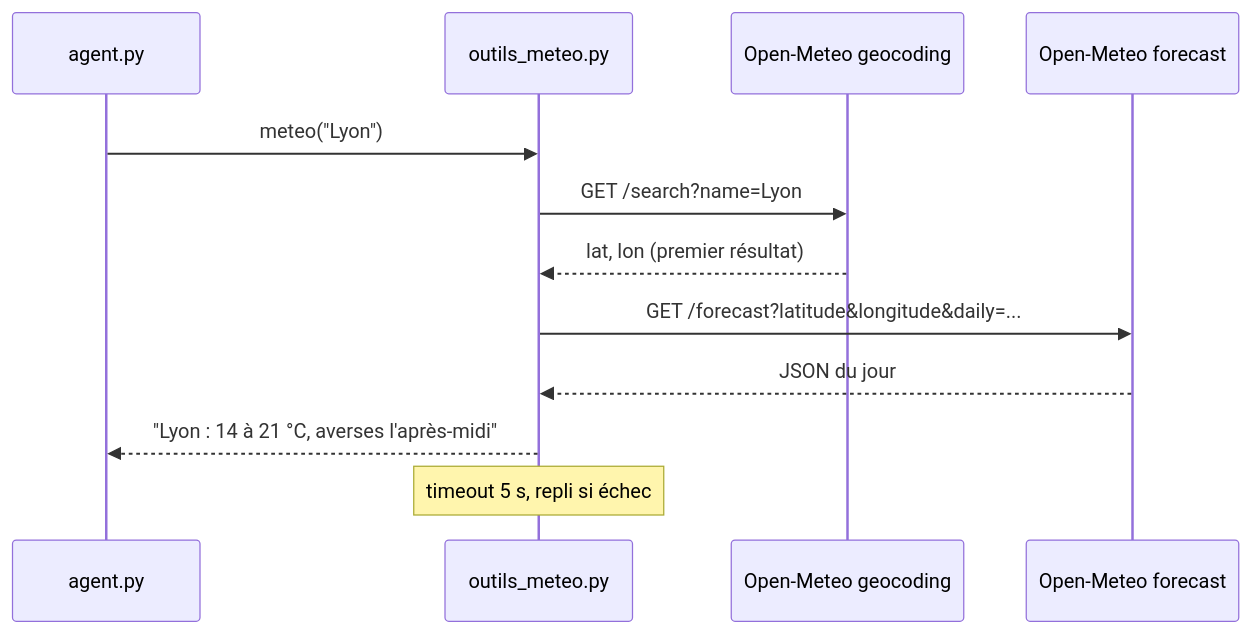
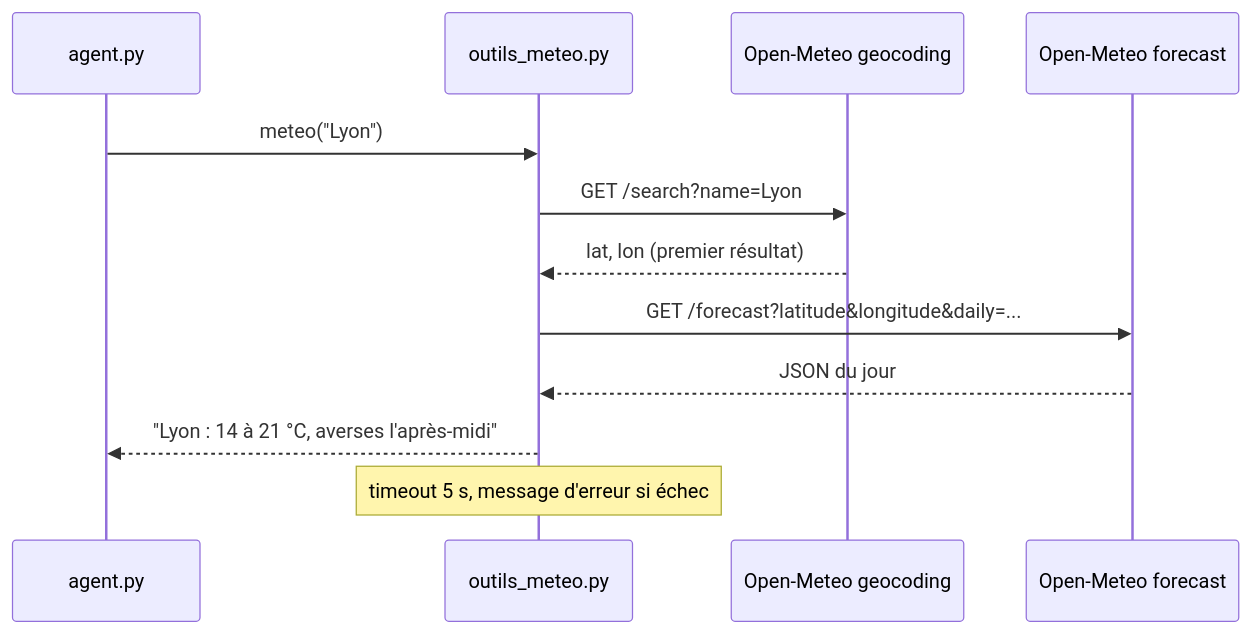
One commit to lecinquiemejour-code/goodvibe-tuto changed diagram 22 of 44 in tuto-goodvibe-vibecoding.md. Above: the diagram before and after it, drawn with Mermaid. The commit also changed other lines of this file and 2 other files, not shown here.

First line of the commit message:
docs(tuto): le MCP expliqué (une API n'est pas un MCP), plus aucun texte de repli

````diff
--- a/tuto-goodvibe-vibecoding.md
+++ b/tuto-goodvibe-vibecoding.md
@@ -939,14 +979,14 @@
 ```mermaid
 sequenceDiagram
     participant A as agent.py
     participant O as outils_meteo.py
     participant G as Open-Meteo geocoding
     participant M as Open-Meteo forecast
     A->>O: meteo("Lyon")
     O->>G: GET /search?name=Lyon
     G-->>O: lat, lon (premier résultat)
     O->>M: GET /forecast?latitude&longitude&daily=...
     M-->>O: JSON du jour
     O-->>A: "Lyon : 14 à 21 °C, averses l'après-midi"
-    Note over O: timeout 5 s, repli si échec
+    Note over O: timeout 5 s, message d'erreur si échec
 ```
````
